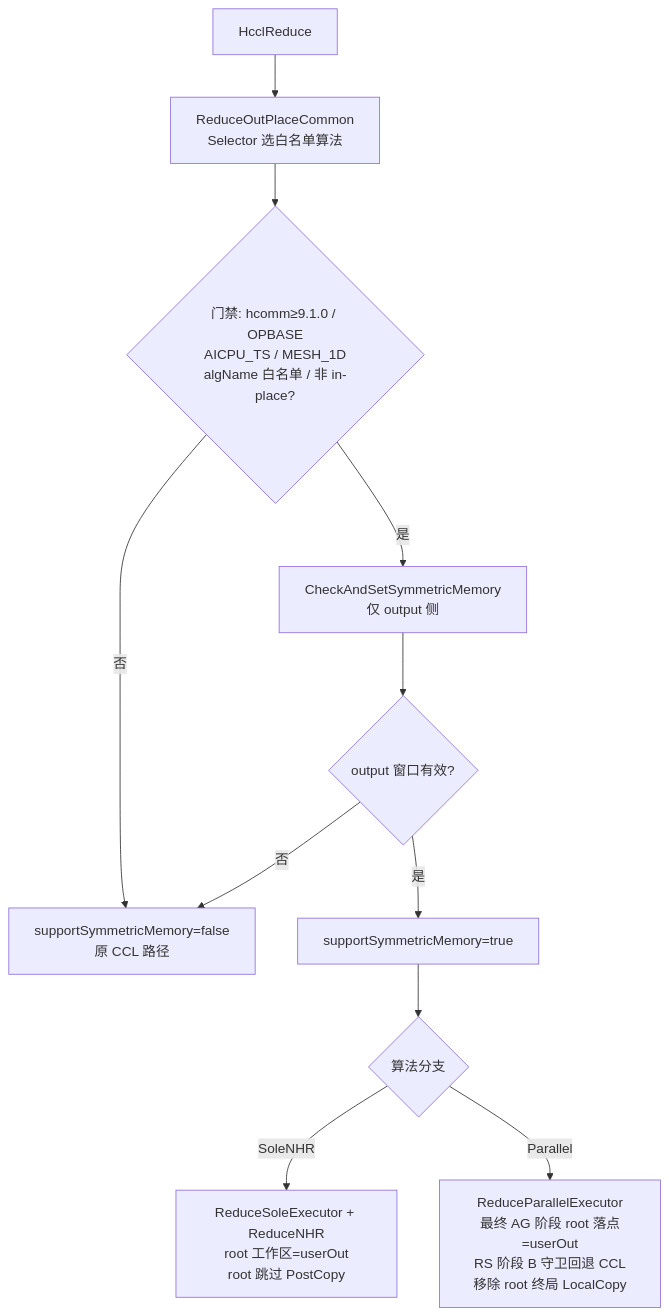
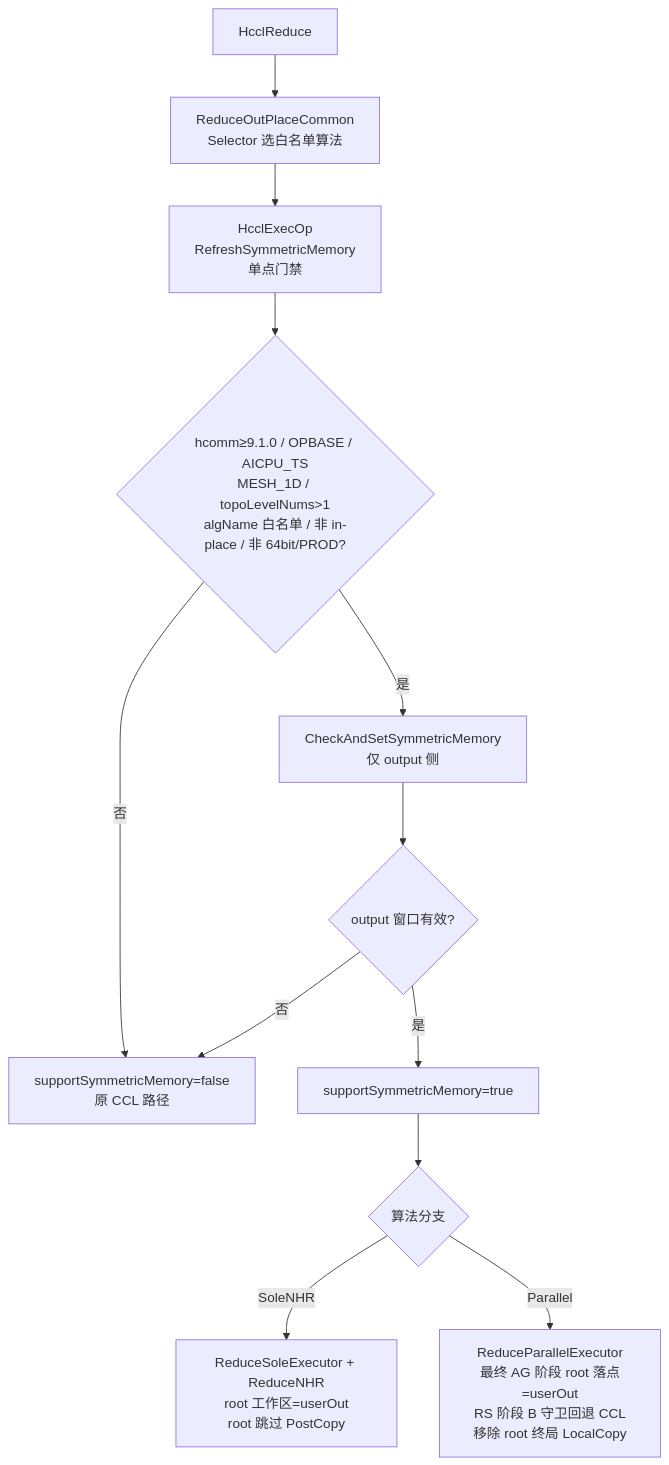
The eighth of 10 diagrams in design/26RP4/支持allgatherV、reduce算子的零拷贝模式/SRS_SD-AllGatherV与Reduce零拷贝.md (cassielee-tech/my-lib), drawn with Mermaid before and after one commit. The commit also changed other lines of this file, not shown here.

Commit message:
docs: 补充零拷贝关键流程图并同步实现口径

````diff
--- a/design/26RP4/支持allgatherV、reduce算子的零拷贝模式/SRS_SD-AllGatherV与Reduce零拷贝.md
+++ b/design/26RP4/支持allgatherV、reduce算子的零拷贝模式/SRS_SD-AllGatherV与Reduce零拷贝.md
@@ -359,13 +476,14 @@
 ```mermaid
 flowchart TD
     A["HcclReduce"] --> B["ReduceOutPlaceCommon<br/>Selector 选白名单算法"]
-    B --> C{"门禁: hcomm≥9.1.0 / OPBASE<br/>AICPU_TS / MESH_1D<br/>algName 白名单 / 非 in-place?"}
-    C -- 否 --> X["supportSymmetricMemory=false<br/>原 CCL 路径"]
-    C -- 是 --> D["CheckAndSetSymmetricMemory<br/>仅 output 侧"]
-    D --> E{"output 窗口有效?"}
-    E -- 否 --> X
-    E -- 是 --> F["supportSymmetricMemory=true"]
-    F --> G{"算法分支"}
-    G -- SoleNHR --> H["ReduceSoleExecutor + ReduceNHR<br/>root 工作区=userOut<br/>root 跳过 PostCopy"]
-    G -- Parallel --> I["ReduceParallelExecutor<br/>最终 AG 阶段 root 落点=userOut<br/>RS 阶段 B 守卫回退 CCL<br/>移除 root 终局 LocalCopy"]
+    B --> C["HcclExecOp<br/>RefreshSymmetricMemory<br/>单点门禁"]
+    C --> D{"hcomm≥9.1.0 / OPBASE / AICPU_TS<br/>MESH_1D / topoLevelNums>1<br/>algName 白名单 / 非 in-place / 非 64bit/PROD?"}
+    D -- 否 --> X["supportSymmetricMemory=false<br/>原 CCL 路径"]
+    D -- 是 --> E["CheckAndSetSymmetricMemory<br/>仅 output 侧"]
+    E --> F{"output 窗口有效?"}
+    F -- 否 --> X
+    F -- 是 --> G["supportSymmetricMemory=true"]
+    G --> H{"算法分支"}
+    H -- SoleNHR --> I["ReduceSoleExecutor + ReduceNHR<br/>root 工作区=userOut<br/>root 跳过 PostCopy"]
+    H -- Parallel --> J["ReduceParallelExecutor<br/>最终 AG 阶段 root 落点=userOut<br/>RS 阶段 B 守卫回退 CCL<br/>移除 root 终局 LocalCopy"]
 ```
````
